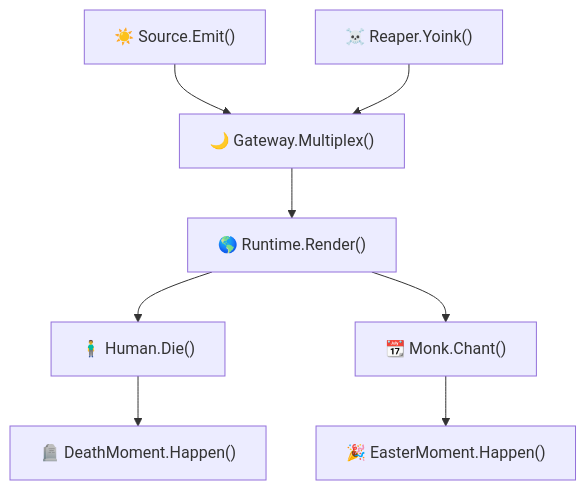
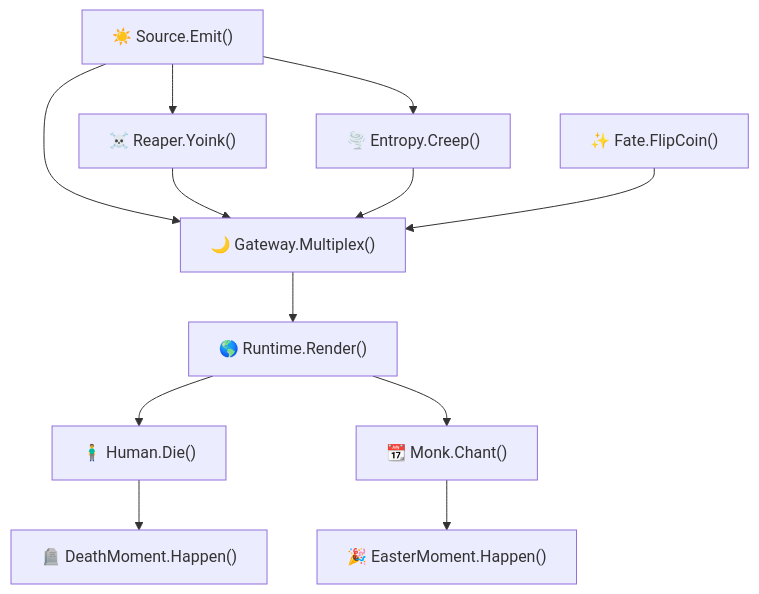
Before and after one commit to ghenttheftauto/ghent-theft-docs: the diagram in home/📣 Articles/🧪 Mocking God.md, drawn with Mermaid. The commit also changed other lines of this file and 45 other files, not shown here.

````diff
--- a/home/📣 Articles/🧪 Mocking God.md
+++ b/home/📣 Articles/🧪 Mocking God.md
@@ -5,10 +3,14 @@
 ```mermaid
 flowchart TD
+  Source["☀️ Source.Emit()"] --> Reaper["☠️ Reaper.Yoink()"]
   Source["☀️ Source.Emit()"] --> Gateway["🌙 Gateway.Multiplex()"]
+  Source["☀️ Source.Emit()"] --> Entropy["☠️ Entropy.Creep()"]
   Reaper["☠️ Reaper.Yoink()"] --> Gateway["🌙 Gateway.Multiplex()"]
+  Entropy["🌪️ Entropy.Creep()"] --> Gateway["🌙 Gateway.Multiplex()"]
+  Fate["✨ Fate.FlipCoin()"] --> Gateway["🌙 Gateway.Multiplex()"]
   Gateway --> Runtime["🌎 Runtime.Render()"]
   Runtime --> Human["🧍‍♂️ Human.Die()"]
   Human --> DeathMoment["🪦 DeathMoment.Happen()"]
   Runtime --> Calendar["📆 Monk.Chant()"]
   Calendar --> Moment["🎉 EasterMoment.Happen()"]
 ```
````
